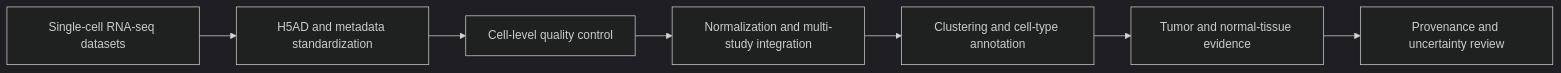
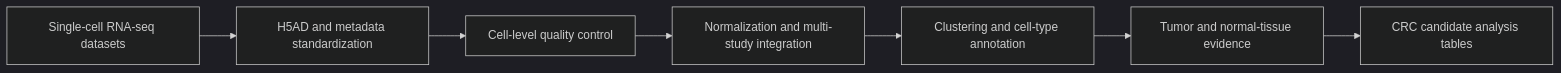
Before and after one commit to Bruce-BC/bruce-bc.github.io: the diagram in _projects/bulk-to-single-cell-and-virtual-cell.md, drawn with Mermaid (dark theme). The commit also changed other lines of this file and 9 other files, not shown here.

````diff
--- a/_projects/bulk-to-single-cell-and-virtual-cell.md
+++ b/_projects/bulk-to-single-cell-and-virtual-cell.md
@@ -22,10 +22,10 @@
 ```mermaid
 flowchart LR
     single_cell_datasets[Single-cell RNA-seq datasets] --> metadata_standardization[H5AD and metadata standardization]
     metadata_standardization --> cell_quality_control[Cell-level quality control]
     cell_quality_control --> study_integration[Normalization and multi-study integration]
     study_integration --> clustering_annotation[Clustering and cell-type annotation]
     clustering_annotation --> tumor_normal_evidence[Tumor and normal-tissue evidence]
-    tumor_normal_evidence --> provenance_review[Provenance and uncertainty review]
+    tumor_normal_evidence --> provenance_review[CRC candidate analysis tables]
     class metadata_standardization,cell_quality_control,study_integration,clustering_annotation,tumor_normal_evidence,provenance_review project-tool-node
 ```
````
